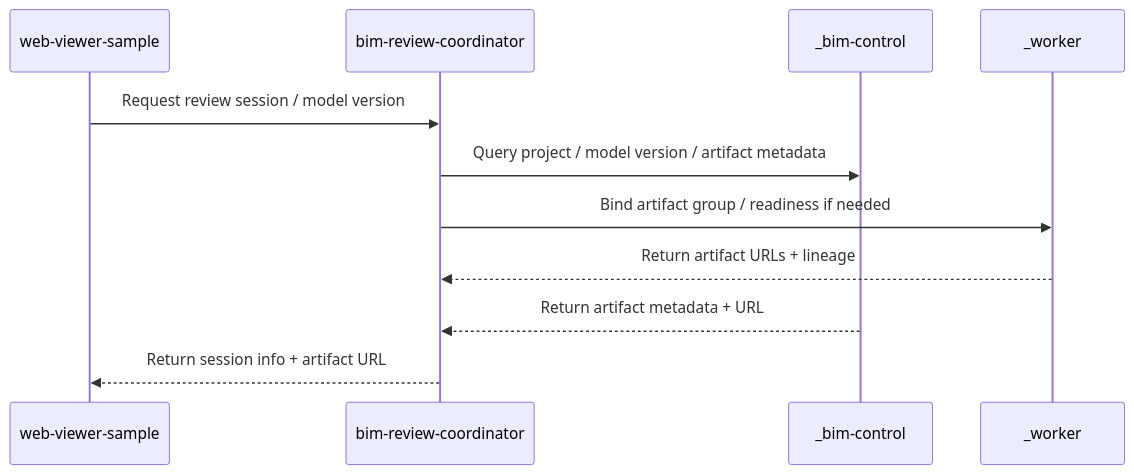
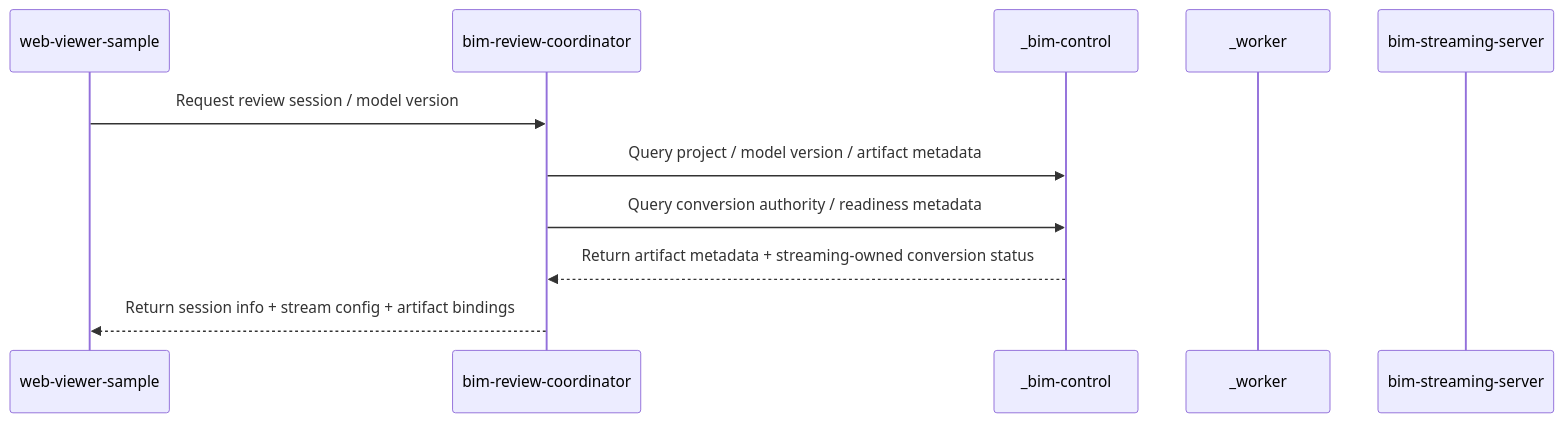
Before and after one commit to monkey1sai/AI-BIM-governance: the second of 6 diagrams in AGENTS.md, drawn with Mermaid. The commit also changed other lines of this file and 34 other files, not shown here.

Commit message:
feat: apply architecture rework B-scheme

````diff
--- a/AGENTS.md
+++ b/AGENTS.md
@@ -540,14 +557,14 @@
 ```mermaid
 sequenceDiagram
     participant WV as web-viewer-sample
     participant CO as bim-review-coordinator
     participant BC as _bim-control
     participant WK as _worker
+    participant KIT as bim-streaming-server
 
     WV->>CO: Request review session / model version
     CO->>BC: Query project / model version / artifact metadata
-    CO->>WK: Bind artifact group / readiness if needed
-    WK-->>CO: Return artifact URLs + lineage
-    BC-->>CO: Return artifact metadata + URL
-    CO-->>WV: Return session info + artifact URL
+    CO->>BC: Query conversion authority / readiness metadata
+    BC-->>CO: Return artifact metadata + streaming-owned conversion status
+    CO-->>WV: Return session info + stream config + artifact bindings
 ```
````
